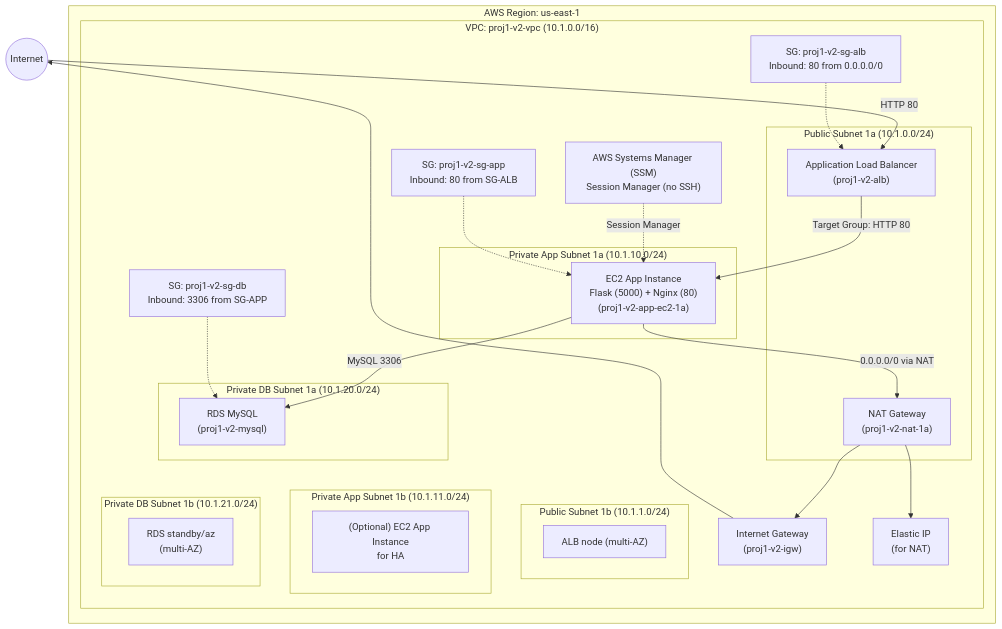
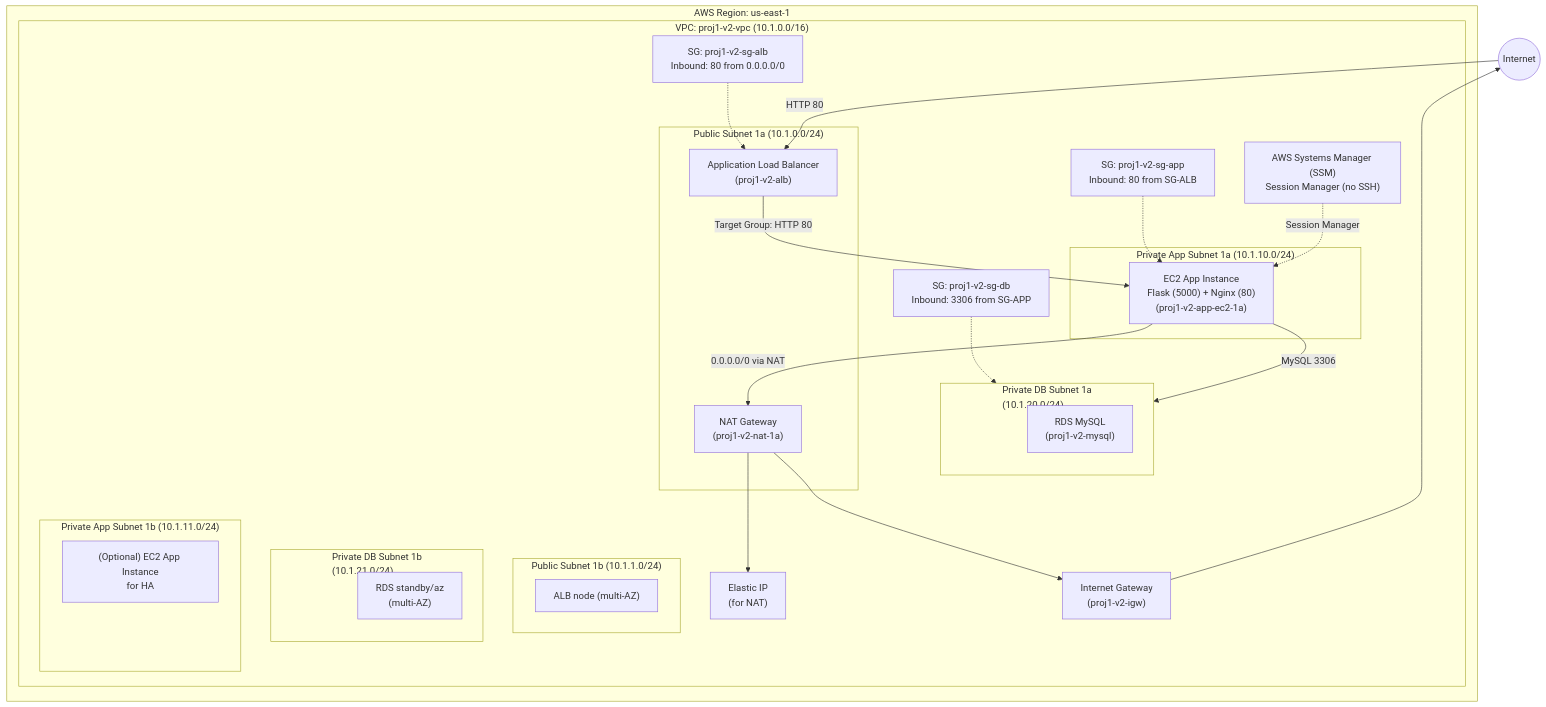
The diagram in docs/diagram/architecture.mmd (samsyl916/aws-3tier-vpc-ec2-rds-mysql), drawn with Mermaid before and after one commit.

```diff
--- a/docs/diagram/architecture.mmd
+++ b/docs/diagram/architecture.mmd
@@ -1,73 +1,85 @@
 flowchart TB
   %% =========================
   %% AWS 3-Tier (ALB -> EC2 -> RDS) + SSM
   %% Region: us-east-1
   %% =========================
 
   Internet((Internet))
 
   subgraph AWS["AWS Region: us-east-1"]
     subgraph VPC["VPC: proj1-v2-vpc (10.1.0.0/16)"]
 
       %% ---------- Public Tier ----------
       subgraph PublicAZA["Public Subnet 1a (10.1.0.0/24)"]
         ALB["Application Load Balancer\n(proj1-v2-alb)"]
         NAT["NAT Gateway\n(proj1-v2-nat-1a)"]
       end
 
       subgraph PublicAZB["Public Subnet 1b (10.1.1.0/24)"]
         ALB2["ALB node (multi-AZ)"]
       end
 
       IGW["Internet Gateway\n(proj1-v2-igw)"]
       EIP["Elastic IP\n(for NAT)"]
 
       %% ---------- App Tier ----------
       subgraph AppAZA["Private App Subnet 1a (10.1.10.0/24)"]
         EC2A["EC2 App Instance\nFlask (5000) + Nginx (80)\n(proj1-v2-app-ec2-1a)"]
       end
 
       subgraph AppAZB["Private App Subnet 1b (10.1.11.0/24)"]
         EC2B["(Optional) EC2 App Instance\nfor HA"]
       end
 
       %% ---------- DB Tier ----------
-      subgraph DBAZA["Private DB Subnet 1a (10.1.20.0/24)"]
-        RDSA["RDS MySQL\n(proj1-v2-mysql)"]
-      end
+      classDef spacer fill:transparent,stroke:transparent,color:transparent;
 
-      subgraph DBAZB["Private DB Subnet 1b (10.1.21.0/24)"]
-        RDSB["RDS standby/az\n(multi-AZ)"]
-      end
+subgraph DBAZA["Private DB Subnet 1a<br/>(10.1.20.0/24)"]
+  direction TB
+  dbspacer1[" "]:::spacer
+  RDSA["RDS MySQL<br/>(proj1-v2-mysql)"]
+end
+
+subgraph DBAZB["Private DB Subnet 1b<br/>(10.1.21.0/24)"]
+  direction TB
+  dbspacer2[" "]:::spacer
+  RDSB["RDS standby/az<br/>(multi-AZ)"]
+end
+
+subgraph AppAZB["Private App Subnet 1b<br/>(10.1.11.0/24)"]
+  direction TB
+  appspacer2[" "]:::spacer
+  EC2B["(Optional) EC2 App Instance<br/>for HA"]
+end
 
       %% ---------- Security Groups ----------
       SGALB["SG: proj1-v2-sg-alb\nInbound: 80 from 0.0.0.0/0"]
       SGAPP["SG: proj1-v2-sg-app\nInbound: 80 from SG-ALB"]
       SGDB["SG: proj1-v2-sg-db\nInbound: 3306 from SG-APP"]
 
       %% ---------- SSM ----------
       SSM["AWS Systems Manager (SSM)\nSession Manager (no SSH)"]
 
     end
   end
 
   %% =========================
   %% Flows
   %% =========================
   Internet -->|HTTP 80| ALB
   ALB -->|Target Group: HTTP 80| EC2A
   EC2A -->|MySQL 3306| RDSA
 
   %% NAT / egress
   EC2A -->|0.0.0.0/0 via NAT| NAT
   NAT --> EIP
   NAT --> IGW
   IGW --> Internet
 
   %% SSM access (control plane)
   SSM -.->|Session Manager| EC2A
 
   %% Security group associations (logical)
   SGALB -.-> ALB
   SGAPP -.-> EC2A
   SGDB  -.-> RDSA
```
